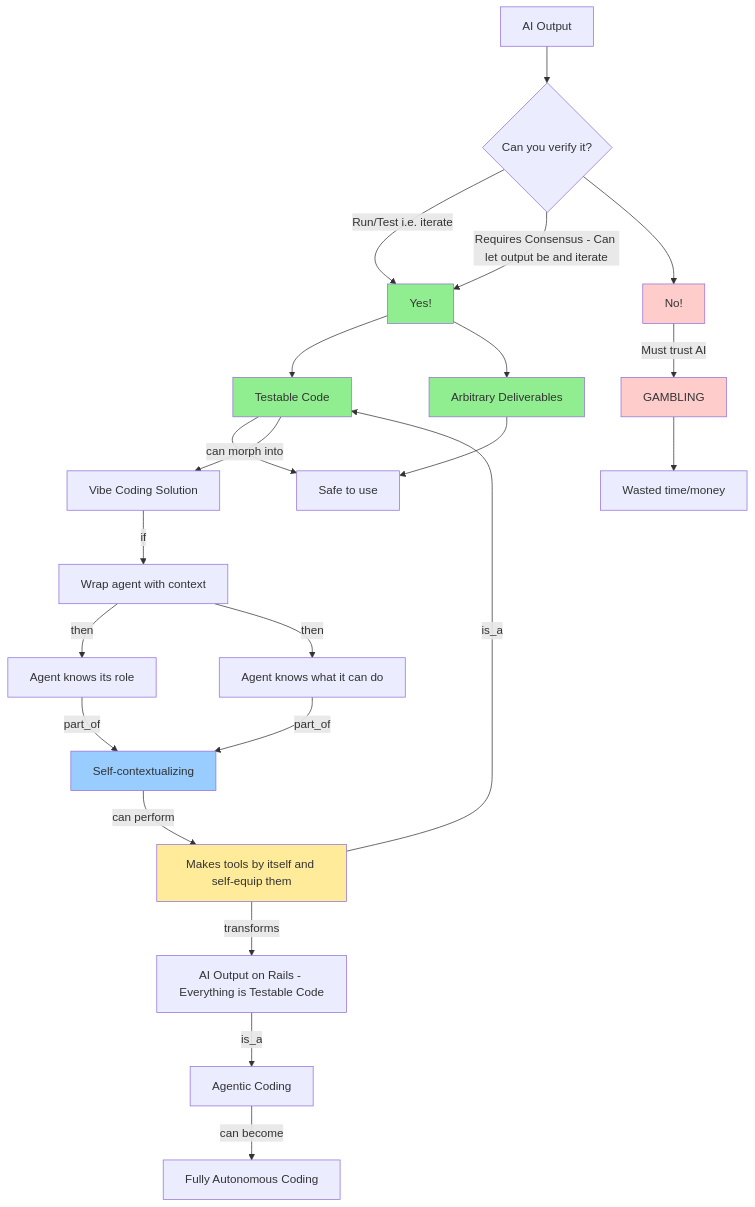
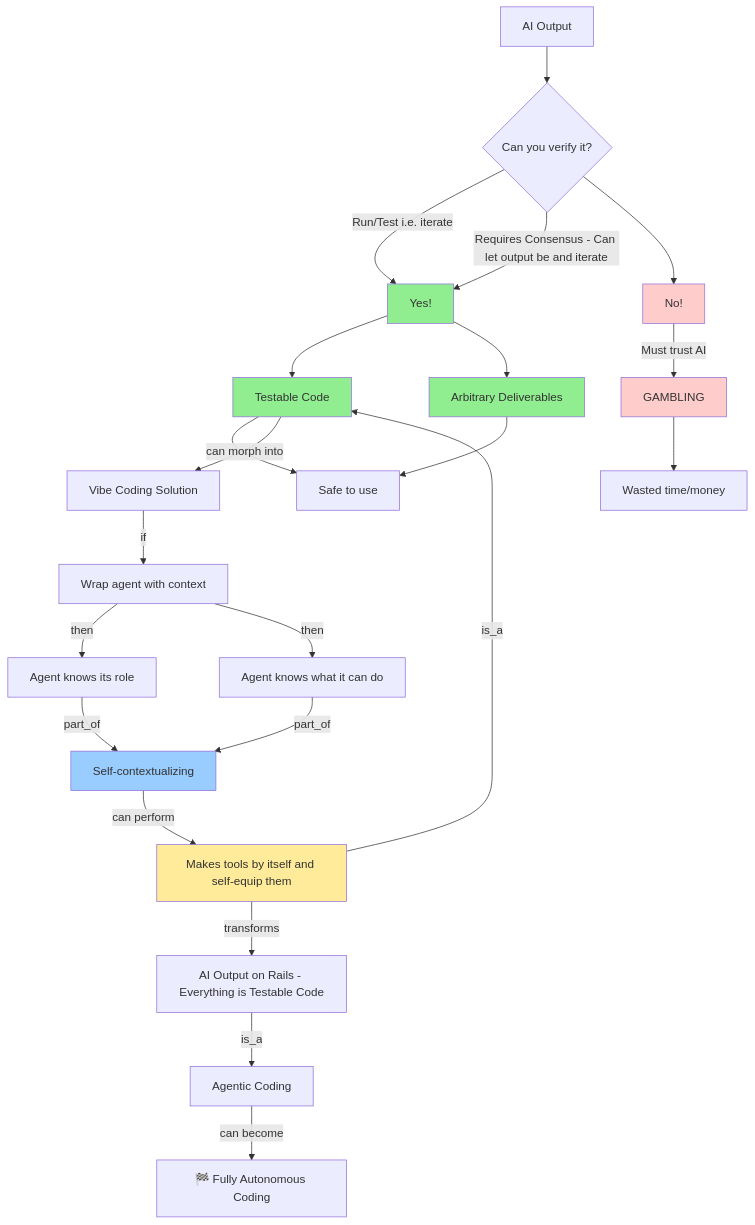
One commit to sancovp/starship-mcp changed the diagram in docs/diagrams/0_VibeCodingBecomesAutoCoding.mermaid. Above: the diagram before and after it, drawn with Mermaid.

```diff
--- a/docs/diagrams/0_VibeCodingBecomesAutoCoding.mermaid
+++ b/docs/diagrams/0_VibeCodingBecomesAutoCoding.mermaid
@@ -1,32 +1,32 @@
 flowchart TD
     A[AI Output] --> B{Can you verify it?}
     B -->|Run/Test i.e. iterate| N[Yes!]
     N --> C[Testable Code]
     B -->|Requires Consensus - Can let output be and iterate| N
     N --> D[Arbitrary Deliverables]
     B --> O[No!]
     O --> |Must trust AI| E[GAMBLING]
     
     C --> F[Safe to use]
     D --> F
     E --> G[Wasted time/money]
     
     H[Vibe Coding Solution] -->|if| I[Wrap agent with context]
     I -->|then| J[Agent knows its role]
     I -->|then| K[Agent knows what it can do]
     J -->|part_of| L[Self-contextualizing]
     K -->|part_of| L
     L -->|can perform| M[Makes tools by itself and self-equip them]
     M -->|is_a| C
     C -->|can morph into| H
     M -->|transforms| P[AI Output on Rails - Everything is Testable Code]
     P -->|is_a| Q[Agentic Coding]
-    Q -->|can become| R[Fully Autonomous Coding]
+    Q -->|can become| R[🏁 Fully Autonomous Coding]
     
     style C fill:#90EE90
     style D fill:#90EE90
     style E fill:#ffcccc
     style O fill:#ffcccc
     style N fill:#90EE90
     style M fill:#ffeb99
     style L fill:#99ccff
```
